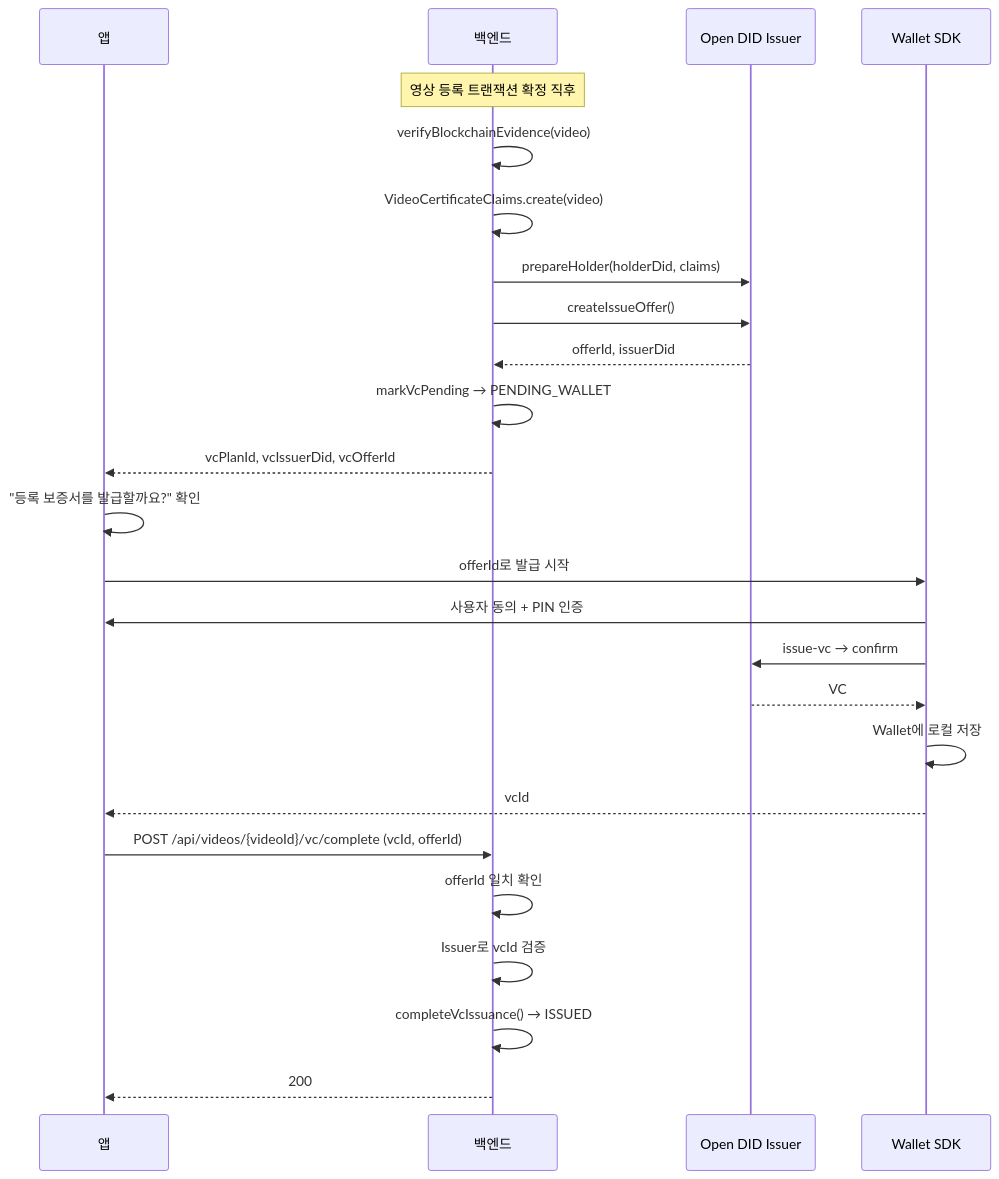
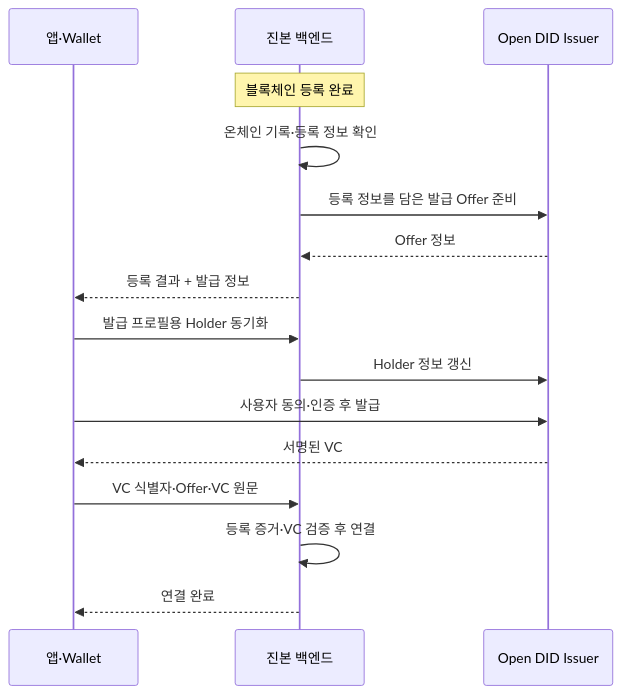
One commit to 2026-hackathon-Jinbon/jinbon-docs changed the diagram in dev-center/docs/developers/flows/vc-issuance.md. Above: the diagram before and after it, drawn with Mermaid. The commit also changed other lines of this file and 22 other files, not shown here.

````diff
--- a/dev-center/docs/developers/flows/vc-issuance.md
+++ b/dev-center/docs/developers/flows/vc-issuance.md
@@ -38,30 +7,18 @@
 ```mermaid
 sequenceDiagram
-  participant A as 앱
-  participant B as 백엔드
-  participant IS as Open DID Issuer
-  participant W as Wallet SDK
-
-  Note over B: 영상 등록 트랜잭션 확정 직후
-  B->>B: verifyBlockchainEvidence(video)
-  B->>B: VideoCertificateClaims.create(video)
-  B->>IS: prepareHolder(holderDid, claims)
-  B->>IS: createIssueOffer()
-  IS-->>B: offerId, issuerDid
-  B->>B: markVcPending → PENDING_WALLET
-  B-->>A: vcPlanId, vcIssuerDid, vcOfferId
-
-  A->>A: "등록 보증서를 발급할까요?" 확인
-  A->>W: offerId로 발급 시작
-  W->>A: 사용자 동의 + PIN 인증
-  W->>IS: issue-vc → confirm
-  IS-->>W: VC
-  W->>W: Wallet에 로컬 저장
-  W-->>A: vcId
-
-  A->>B: POST /api/videos/{videoId}/vc/complete (vcId, offerId)
-  B->>B: offerId 일치 확인
-  B->>B: Issuer로 vcId 검증
-  B->>B: completeVcIssuance() → ISSUED
-  B-->>A: 200
+  participant A as 앱·Wallet
+  participant B as 진본 백엔드
+  participant I as Open DID Issuer
+  Note over B: 블록체인 등록 완료
+  B->>B: 온체인 기록·등록 정보 확인
+  B->>I: 등록 정보를 담은 발급 Offer 준비
+  I-->>B: Offer 정보
+  B-->>A: 등록 결과 + 발급 정보
+  A->>B: 발급 프로필용 Holder 동기화
+  B->>I: Holder 정보 갱신
+  A->>I: 사용자 동의·인증 후 발급
+  I-->>A: 서명된 VC
+  A->>B: VC 식별자·Offer·VC 원문
+  B->>B: 등록 증거·VC 검증 후 연결
+  B-->>A: 연결 완료
 ```
````
